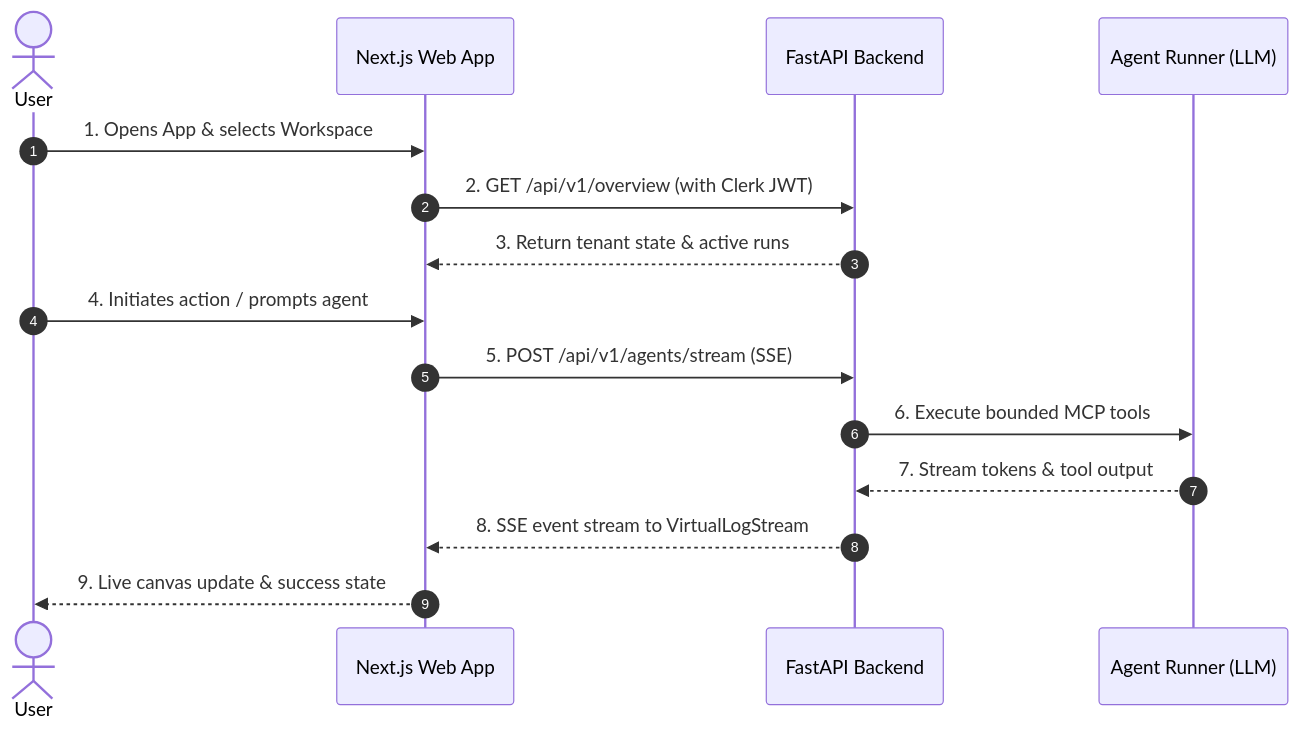
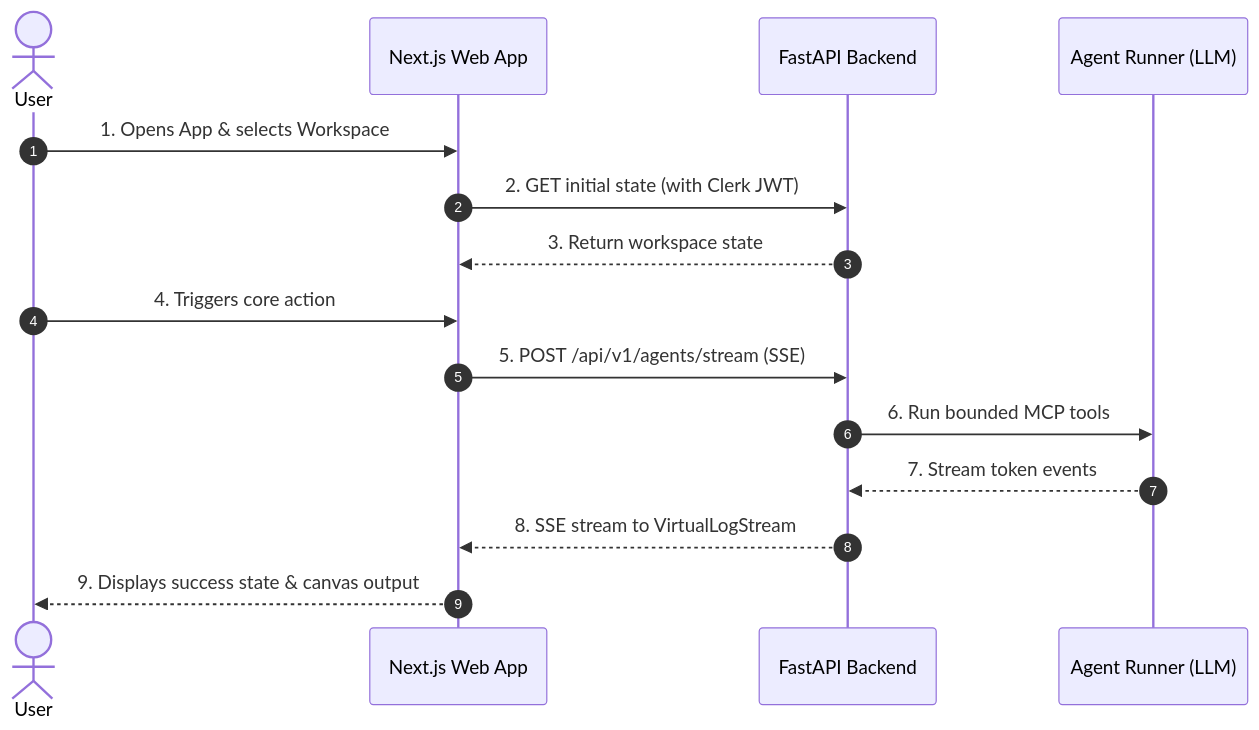
Before and after one commit to parabox-so/parabox-setup: the diagram in templates/03-app-flow.md, drawn with Mermaid. The commit also changed other lines of this file and 8 other files, not shown here.

````diff
--- a/templates/03-app-flow.md
+++ b/templates/03-app-flow.md
@@ -28,18 +18,18 @@
 ```mermaid
 sequenceDiagram
     autonumber
     actor User
     participant UI as Next.js Web App
     participant API as FastAPI Backend
     participant Agent as Agent Runner (LLM)
 
     User->>UI: 1. Opens App & selects Workspace
-    UI->>API: 2. GET /api/v1/overview (with Clerk JWT)
-    API-->>UI: 3. Return tenant state & active runs
-    User->>UI: 4. Initiates action / prompts agent
+    UI->>API: 2. GET initial state (with Clerk JWT)
+    API-->>UI: 3. Return workspace state
+    User->>UI: 4. Triggers core action
     UI->>API: 5. POST /api/v1/agents/stream (SSE)
-    API->>Agent: 6. Execute bounded MCP tools
-    Agent-->>API: 7. Stream tokens & tool output
-    API-->>UI: 8. SSE event stream to VirtualLogStream
-    UI-->>User: 9. Live canvas update & success state
+    API->>Agent: 6. Run bounded MCP tools
+    Agent-->>API: 7. Stream token events
+    API-->>UI: 8. SSE stream to VirtualLogStream
+    UI-->>User: 9. Displays success state & canvas output
 ```
````
